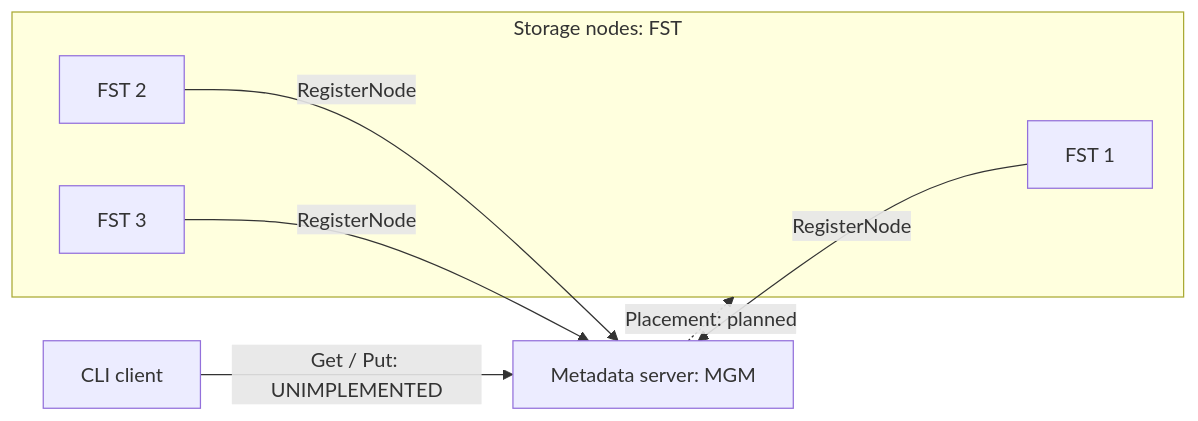
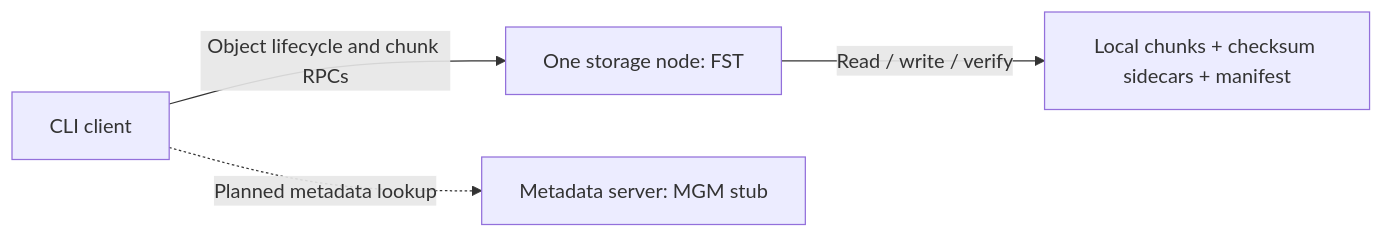
One commit to IV-cmd/distributed-object-store changed the diagram in README.md. Above: the diagram before and after it, drawn with Mermaid. The commit also changed other lines of this file and 1 other file, not shown here.

Commit message:
docs: describe single-node storage protocol usage and limits

````diff
--- a/README.md
+++ b/README.md
@@ -16,13 +12,6 @@
 ```mermaid
 flowchart LR
-    client[CLI client] -->|Get / Put: UNIMPLEMENTED| mgm[Metadata server: MGM]
-    mgm -. Placement: planned .-> nodes
-    subgraph nodes[Storage nodes: FST]
-        f1[FST 1]
-        f2[FST 2]
-        f3[FST 3]
-    end
-    f1 -->|RegisterNode| mgm
-    f2 -->|RegisterNode| mgm
-    f3 -->|RegisterNode| mgm
+    client[CLI client] -->|Object lifecycle and chunk RPCs| fst[One storage node: FST]
+    fst -->|Read / write / verify| disk[Local chunks + checksum sidecars + manifest]
+    client -. Planned metadata lookup .-> mgm[Metadata server: MGM stub]
 ```
````
